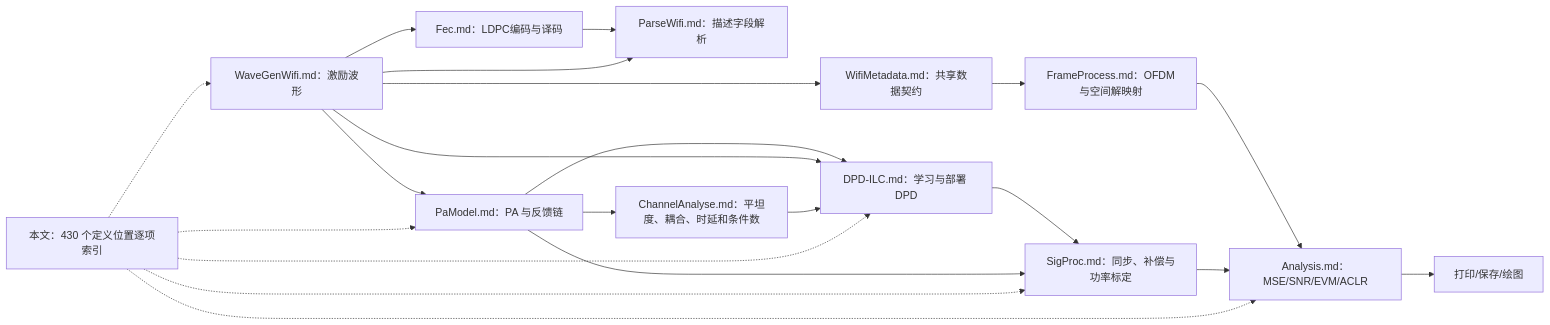
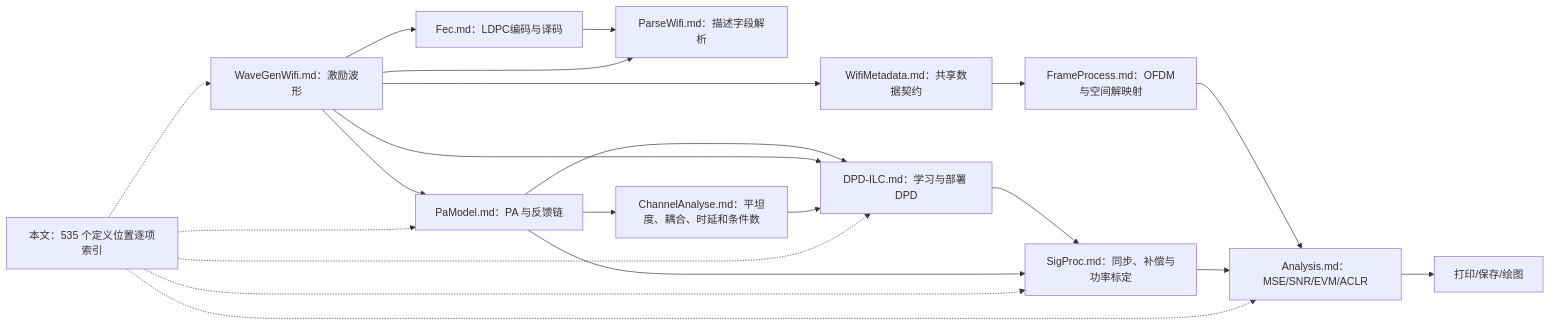
The diagram in doc/FunctionPrinciples.md (niyilu45/DPD_ILC), drawn with Mermaid before and after one commit. The commit also changed other lines of this file and 15 other files, not shown here.

````diff
--- a/doc/FunctionPrinciples.md
+++ b/doc/FunctionPrinciples.md
@@ -20,23 +20,23 @@
 ```mermaid
 flowchart LR
     wave["WaveGenWifi.md：激励波形"] --> pa["PaModel.md：PA 与反馈链"]
     wave --> fec["Fec.md：LDPC编码与译码"]
     fec --> parser["ParseWifi.md：描述字段解析"]
     wave --> parser
     pa --> ilc["DPD-ILC.md：学习与部署 DPD"]
     wave --> ilc
     ilc --> sync["SigProc.md：同步、补偿与功率标定"]
     wave --> metadata["WifiMetadata.md：共享数据契约"]
     metadata --> frame["FrameProcess.md：OFDM与空间解映射"]
     frame --> analysis
     pa --> sync
     pa --> channelMeasure["ChannelAnalyse.md：平坦度、耦合、时延和条件数"]
     channelMeasure --> ilc
     sync --> analysis["Analysis.md：MSE/SNR/EVM/ACLR"]
     analysis --> report["打印/保存/绘图"]
-    audit["本文：430 个定义位置逐项索引"] -.-> wave
+    audit["本文：535 个定义位置逐项索引"] -.-> wave
     audit -.-> pa
     audit -.-> ilc
     audit -.-> sync
     audit -.-> analysis
 ```
````
